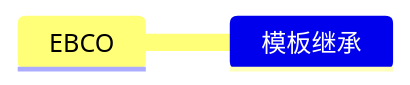
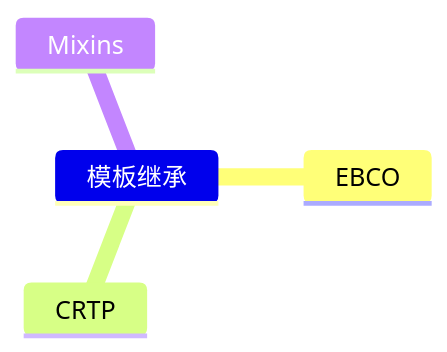
One commit to jishuguang/library changed the diagram in docs/程序/C++/语法/模板/模板继承.md. Above: the diagram before and after it, drawn with Mermaid. The commit also changed other lines of this file, not shown here.

````diff
--- a/docs/程序/C++/语法/模板/模板继承.md
+++ b/docs/程序/C++/语法/模板/模板继承.md
@@ -3,5 +3,7 @@
 ```{mermaid}
 mindmap
 模板继承
     EBCO
+    CRTP
+    Mixins
 ```
````
